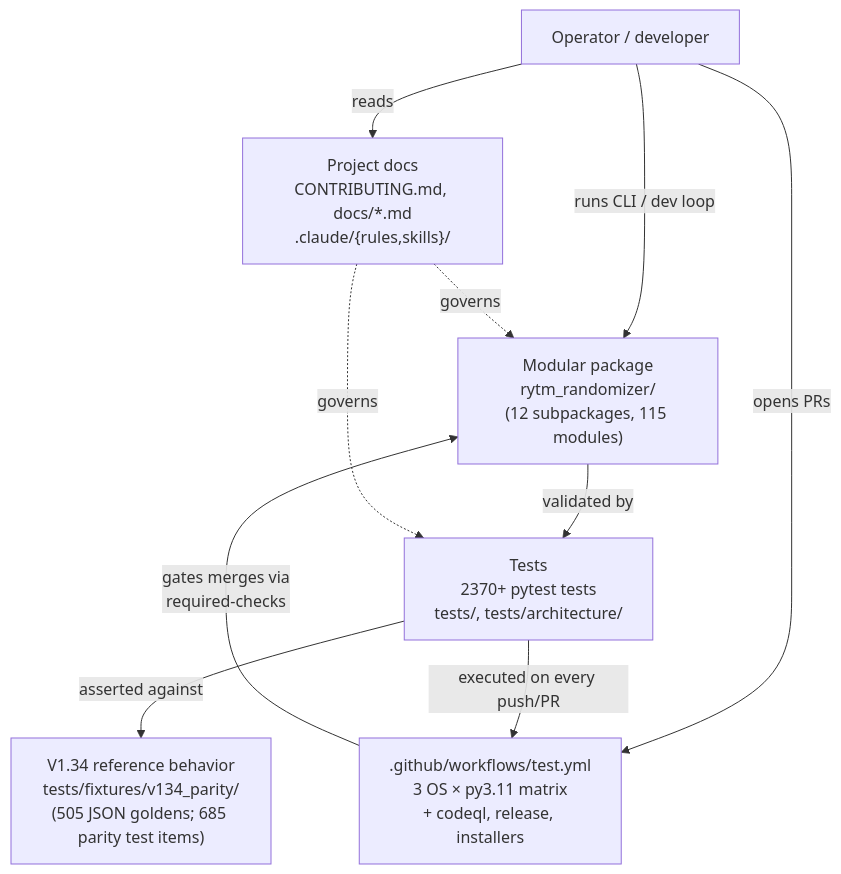
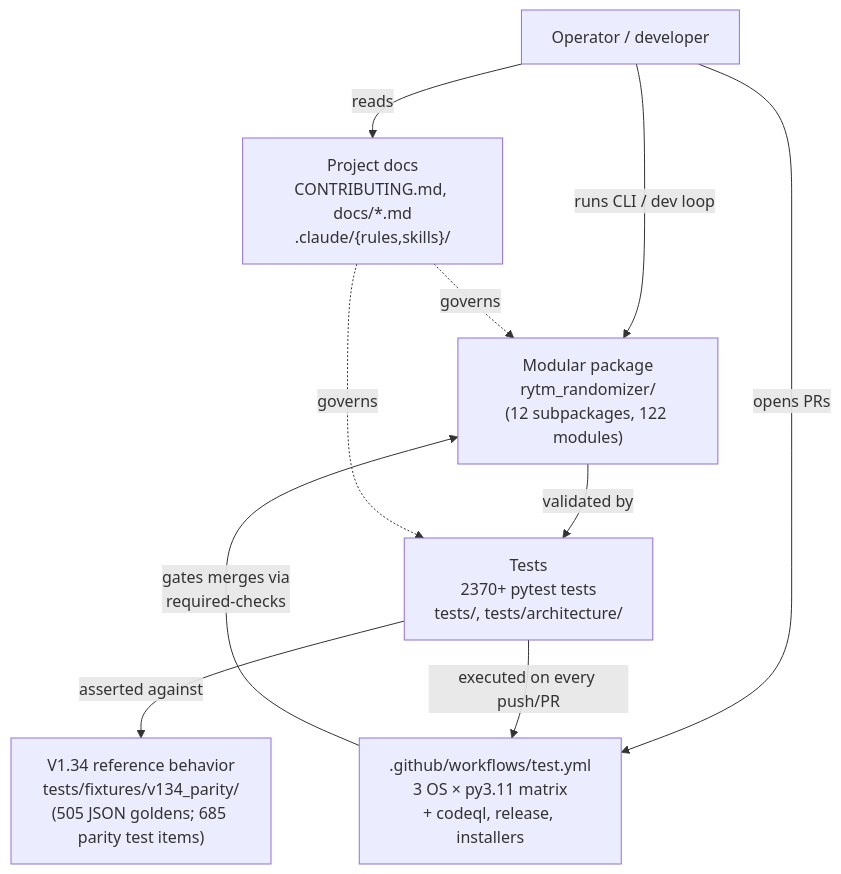
Before and after one commit to buzzijose-hub/RytmRandomizer: the first of 26 diagrams in docs/ARCHITECTURE_DIAGRAMS.md, drawn with Mermaid. The commit also changed other lines of this file and 25 other files, not shown here.

````diff
--- a/docs/ARCHITECTURE_DIAGRAMS.md
+++ b/docs/ARCHITECTURE_DIAGRAMS.md
@@ -47,22 +47,22 @@
 ```mermaid
 flowchart TB
     User["Operator / developer"]
     V134["V1.34 reference behavior<br/>tests/fixtures/v134_parity/<br/>(505 JSON goldens; 685 parity test items)"]
-    Package["Modular package<br/>rytm_randomizer/<br/>(12 subpackages, 115 modules)"]
+    Package["Modular package<br/>rytm_randomizer/<br/>(12 subpackages, 122 modules)"]
     Tests["Tests<br/>2370+ pytest tests<br/>tests/, tests/architecture/"]
     CI[".github/workflows/test.yml<br/>3 OS × py3.11 matrix<br/>+ codeql, release, installers"]
     Docs["Project docs<br/>CONTRIBUTING.md, docs/*.md<br/>.claude/{rules,skills}/"]
 
     User -->|"runs CLI / dev loop"| Package
     User -->|"opens PRs"| CI
     User -->|"reads"| Docs
 
     Package -->|"validated by"| Tests
     Tests -->|"asserted against"| V134
     Tests -->|"executed on every push/PR"| CI
 
     CI -->|"gates merges via<br/>required-checks"| Package
 
     Docs -.->|"governs"| Package
     Docs -.->|"governs"| Tests
 ```
````
